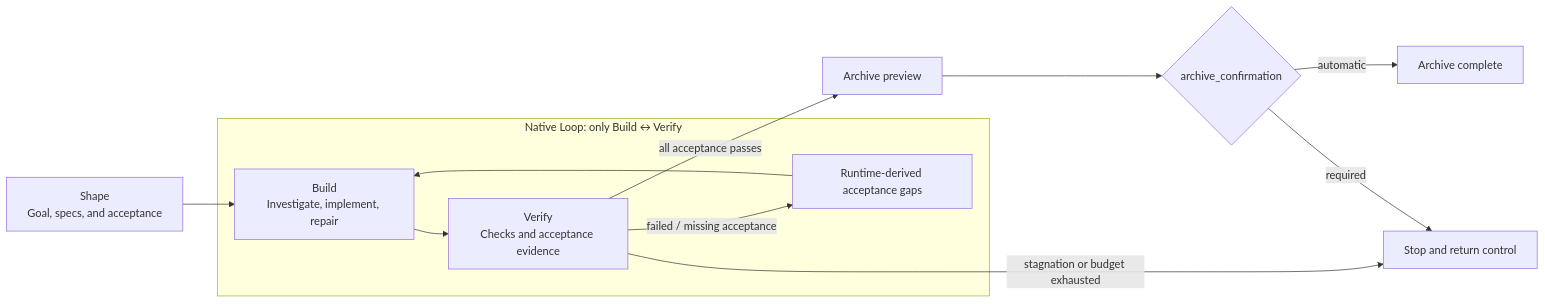
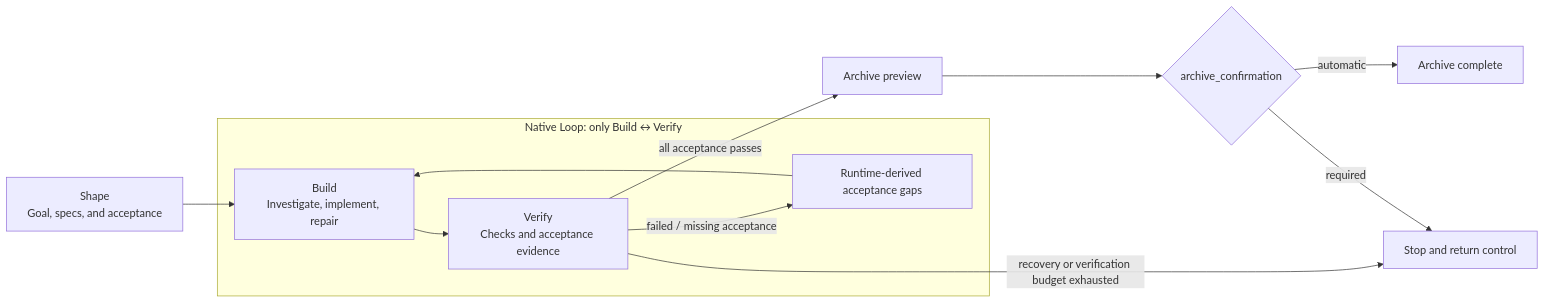
The first of 2 diagrams in en/concepts/native-workflow.mdx (rpamis/comet-website-docs), drawn with Mermaid before and after one commit. The commit also changed other lines of this file and 16 other files, not shown here.

````diff
--- a/en/concepts/native-workflow.mdx
+++ b/en/concepts/native-workflow.mdx
@@ -16,16 +16,16 @@
 ```mermaid
 flowchart LR
   S["Shape<br/>Goal, specs, and acceptance"] --> B
 
   subgraph L["Native Loop: only Build ↔ Verify"]
     B["Build<br/>Investigate, implement, repair"] --> V["Verify<br/>Checks and acceptance evidence"]
     V -->|"failed / missing acceptance"| G["Runtime-derived acceptance gaps"]
     G --> B
   end
 
   V -->|"all acceptance passes"| P["Archive preview"]
-  V -->|"stagnation or budget exhausted"| U["Stop and return control"]
+  V -->|"recovery or verification budget exhausted"| U["Stop and return control"]
   P --> C{"archive_confirmation"}
   C -->|"automatic"| A["Archive complete"]
   C -->|"required"| U
 ```
````
